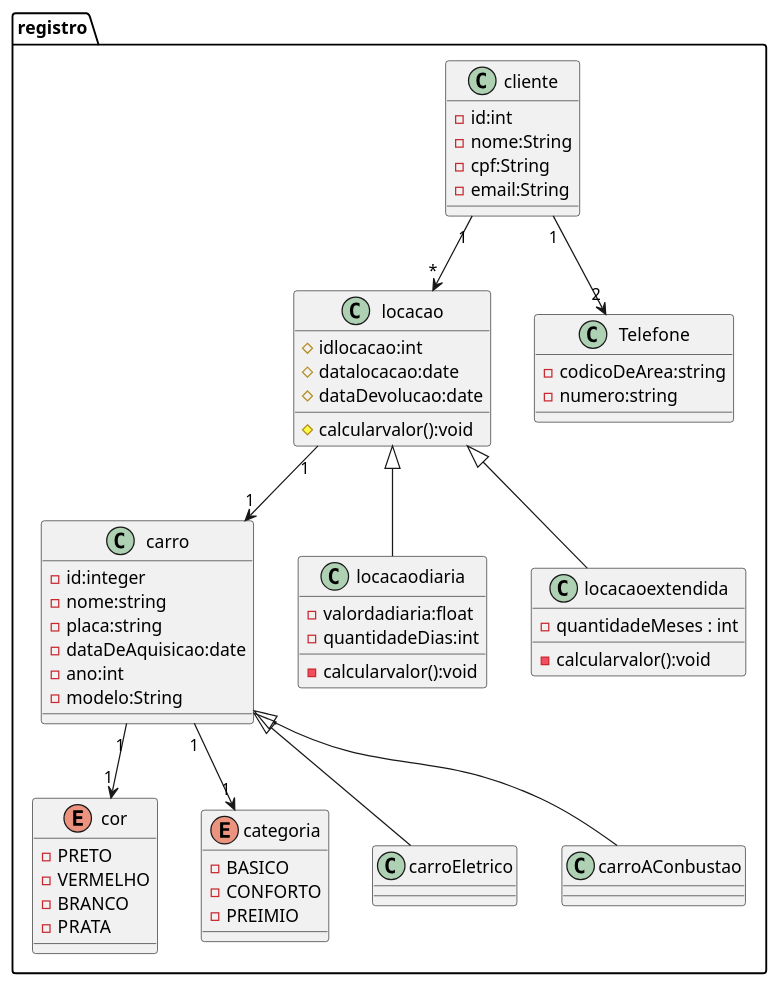
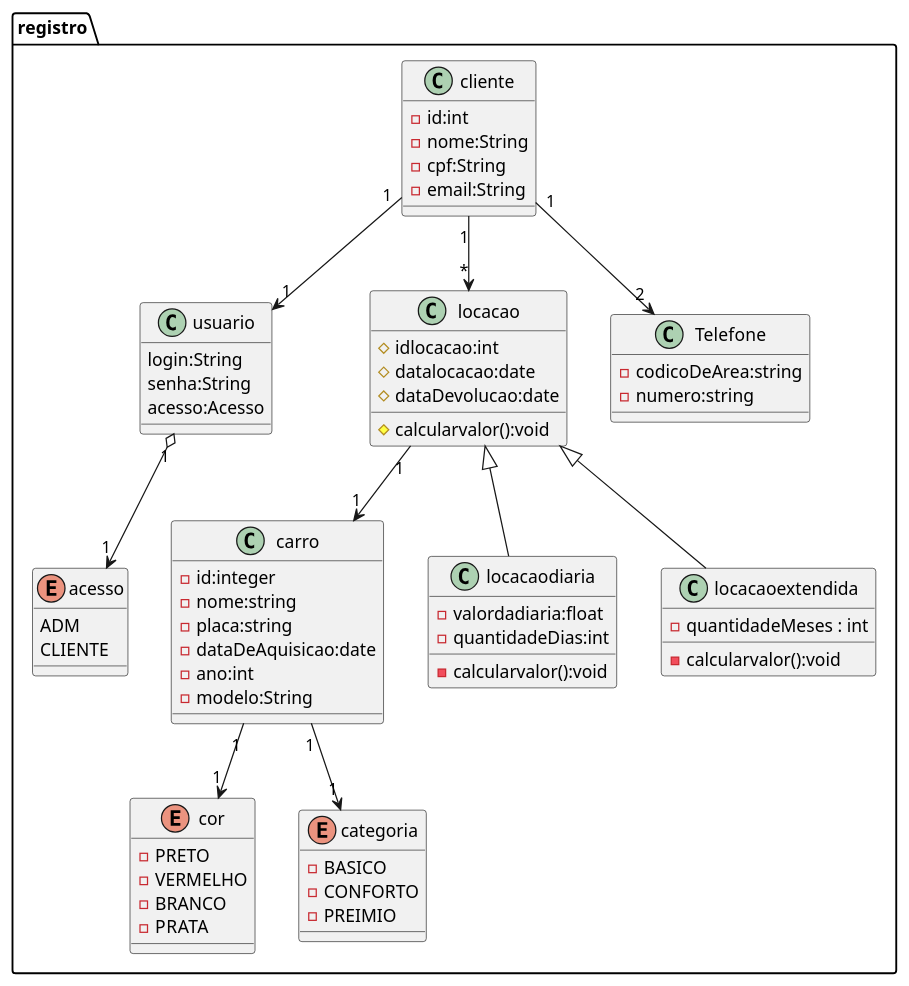
The diagram in src/diagram.puml (guisiq/sistema_locadora_de_carros), drawn with PlantUML before and after one commit.

Commit message:
incrementando o diagrama de classes

```diff
--- a/src/diagram.puml
+++ b/src/diagram.puml
@@ -1,81 +1,95 @@
 @startuml cinema
 package "registro"{
+    
+    enum acesso{
+            ADM 
+            CLIENTE 
+    }
+
+    class usuario{
+        
+
+        login:String
+        senha:String
+        acesso:Acesso
+    }
     class carro{
     - id:integer 
     - nome:string
     - placa:string
     - dataDeAquisicao:date
     - ano:int
     - modelo:String
     }
     ' ok 
     enum cor{
         -PRETO 
         -VERMELHO
         -BRANCO
         -PRATA
     }
     'ok
     /'
     class carroEletrico{
         capacidadeBateria:float
         eficiencia
     }
     class carroAConbustao {
         
     }
 
     '/
     class locacao{
         # idlocacao:int 
         # datalocacao:date
         # dataDevolucao:date
         # calcularvalor():void
     }
     'ok
     class locacaodiaria{
         - valordadiaria:float   
         - quantidadeDias:int
         - calcularvalor():void
     }
     'ok
     class locacaoextendida{
         - quantidadeMeses : int
         - calcularvalor():void
     }
     'ok
     class cliente {
         - id:int
         - nome:String
         - cpf:String
         - email:String
     }
     enum categoria {
         - BASICO
         - CONFORTO
         - PREIMIO
     }
     'ok
     class Telefone{
         -codicoDeArea:string
         -numero:string
     }
 
     locacao<|--  locacaodiaria 
     locacao<|--  locacaoextendida 
-    carro<|--carroEletrico 
-    carro<|--carroAConbustao 
 
 
     carro "1" --> "1"categoria
     carro "1" --> "1"cor
+
+    usuario "1" o--> "1" acesso
+    cliente "1" --> "1"usuario
 
     locacao "1" --> "1"carro
 
 
     cliente "1" --> "2" Telefone
     cliente "1" --> "*" locacao
 
 }
 
 @enduml
```
